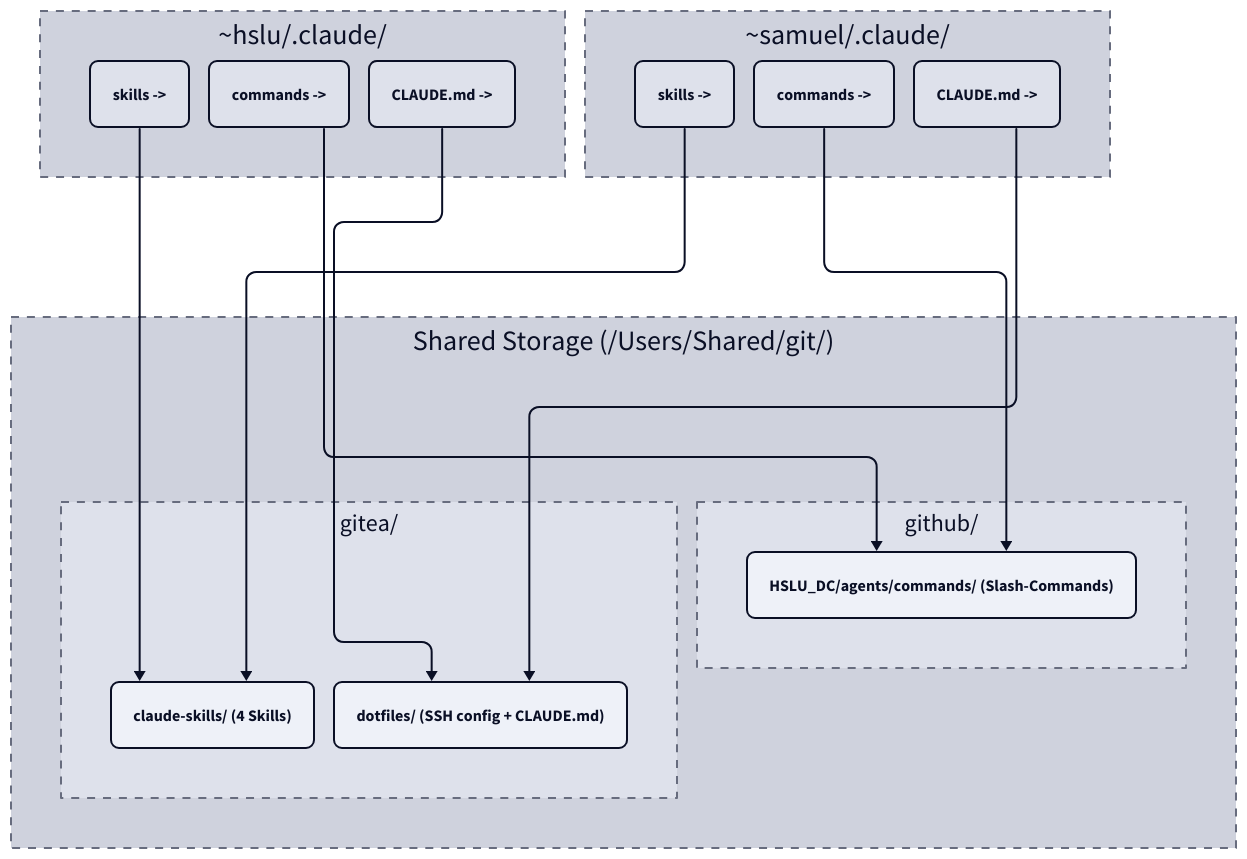
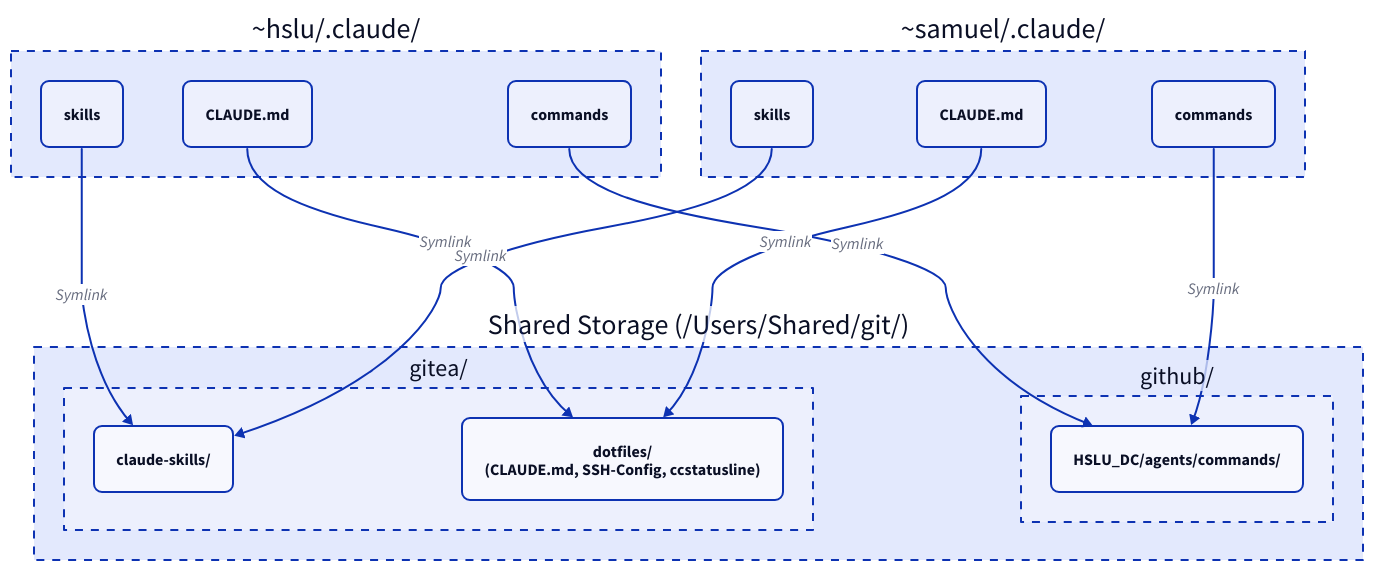
The diagram in docs/_querschnitt/claude-code-sync.md (derever-labs/homelab-wiki), drawn with D2 before and after one commit. The commit also changed 4 other files, not shown here.

First line of the commit message:
docs(querschnitt): Diagramme fuer TALA ueberarbeiten (Batch B1) (#102)

````diff
--- a/docs/_querschnitt/claude-code-sync.md
+++ b/docs/_querschnitt/claude-code-sync.md
@@ -16,43 +16,37 @@
 ```d2
 direction: down
-vars: {
-  d2-config: {
-    theme-id: 1
-    layout-engine: elk
-  }
-}
 
 SharedStorage: "Shared Storage (/Users/Shared/git/)" {
   style.stroke-dash: 4
   gitea: "gitea/" {
     style.stroke-dash: 4
-    CS: "claude-skills/ (4 Skills)" { style.border-radius: 8 }
-    DF: "dotfiles/ (SSH config + CLAUDE.md)" { style.border-radius: 8 }
+    CS: "claude-skills/" { style.border-radius: 8 }
+    DF: "dotfiles/\n(CLAUDE.md, SSH-Config, ccstatusline)" { style.border-radius: 8 }
   }
   github: "github/" {
     style.stroke-dash: 4
-    CMD: "HSLU_DC/agents/commands/ (Slash-Commands)" { style.border-radius: 8 }
+    CMD: "HSLU_DC/agents/commands/" { style.border-radius: 8 }
   }
 }
 
 hslu: "~hslu/.claude/" {
   style.stroke-dash: 4
-  HS: "skills ->" { style.border-radius: 8 }
-  HC: "commands ->" { style.border-radius: 8 }
-  HM: "CLAUDE.md ->" { style.border-radius: 8 }
+  HS: "skills" { style.border-radius: 8 }
+  HC: "commands" { style.border-radius: 8 }
+  HM: "CLAUDE.md" { style.border-radius: 8 }
 }
 
 samuel: "~samuel/.claude/" {
   style.stroke-dash: 4
-  SS: "skills ->" { style.border-radius: 8 }
-  SC: "commands ->" { style.border-radius: 8 }
-  SM: "CLAUDE.md ->" { style.border-radius: 8 }
+  SS: "skills" { style.border-radius: 8 }
+  SC: "commands" { style.border-radius: 8 }
+  SM: "CLAUDE.md" { style.border-radius: 8 }
 }
 
-hslu.HS -> SharedStorage.gitea.CS
-samuel.SS -> SharedStorage.gitea.CS
-hslu.HC -> SharedStorage.github.CMD
-samuel.SC -> SharedStorage.github.CMD
-hslu.HM -> SharedStorage.gitea.DF
-samuel.SM -> SharedStorage.gitea.DF
+hslu.HS -> SharedStorage.gitea.CS: Symlink
+samuel.SS -> SharedStorage.gitea.CS: Symlink
+hslu.HC -> SharedStorage.github.CMD: Symlink
+samuel.SC -> SharedStorage.github.CMD: Symlink
+hslu.HM -> SharedStorage.gitea.DF: Symlink
+samuel.SM -> SharedStorage.gitea.DF: Symlink
 ```
````
